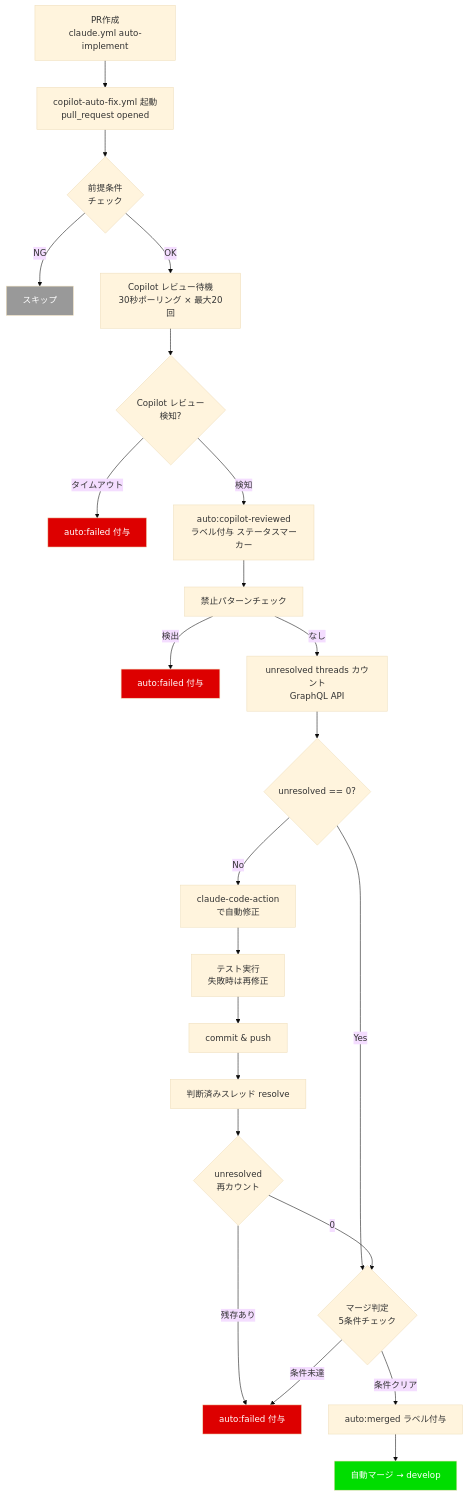
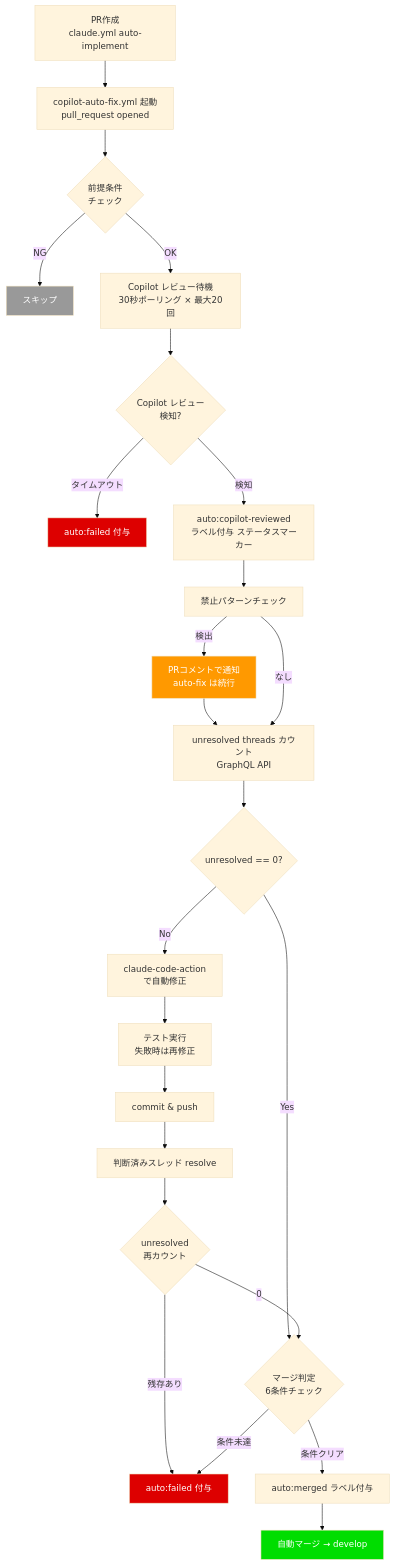
The first of 2 diagrams in docs/specs/copilot-auto-fix.md (becky3/learning-companion), drawn with Mermaid (base theme) before and after one commit. The commit also changed other lines of this file and 3 other files, not shown here.

````diff
--- a/docs/specs/copilot-auto-fix.md
+++ b/docs/specs/copilot-auto-fix.md
@@ -69,31 +69,32 @@
 ```mermaid
 flowchart TD
     A[PR作成<br/>claude.yml auto-implement] --> B[copilot-auto-fix.yml 起動<br/>pull_request opened]
     B --> B0{前提条件<br/>チェック}
     B0 -->|NG| Z[スキップ]
     B0 -->|OK| B1[Copilot レビュー待機<br/>30秒ポーリング × 最大20回]
     B1 --> B2{Copilot レビュー<br/>検知?}
     B2 -->|タイムアウト| I2[auto:failed 付与]
     B2 -->|検知| B3[auto:copilot-reviewed<br/>ラベル付与 ステータスマーカー]
     B3 --> H[禁止パターンチェック]
-    H -->|検出| I[auto:failed 付与]
+    H -->|検出| H2[PRコメントで通知<br/>auto-fix は続行]
+    H2 --> J
     H -->|なし| J[unresolved threads カウント<br/>GraphQL API]
     J --> K{unresolved == 0?}
-    K -->|Yes| L{マージ判定<br/>5条件チェック}
+    K -->|Yes| L{マージ判定<br/>6条件チェック}
     K -->|No| M[claude-code-action<br/>で自動修正]
     M --> M2[テスト実行<br/>失敗時は再修正]
     M2 --> M3[commit & push]
     M3 --> N[判断済みスレッド resolve]
     N --> N2{unresolved<br/>再カウント}
     N2 -->|残存あり| P[auto:failed 付与]
     N2 -->|0| L
     L -->|条件クリア| L2[auto:merged ラベル付与]
     L2 --> O[自動マージ → develop]
     L -->|条件未達| P
 
     style O fill:#0d0,color:#fff
-    style I fill:#d00,color:#fff
+    style H2 fill:#f90,color:#fff
     style I2 fill:#d00,color:#fff
     style P fill:#d00,color:#fff
     style Z fill:#999,color:#fff
 ```
````
